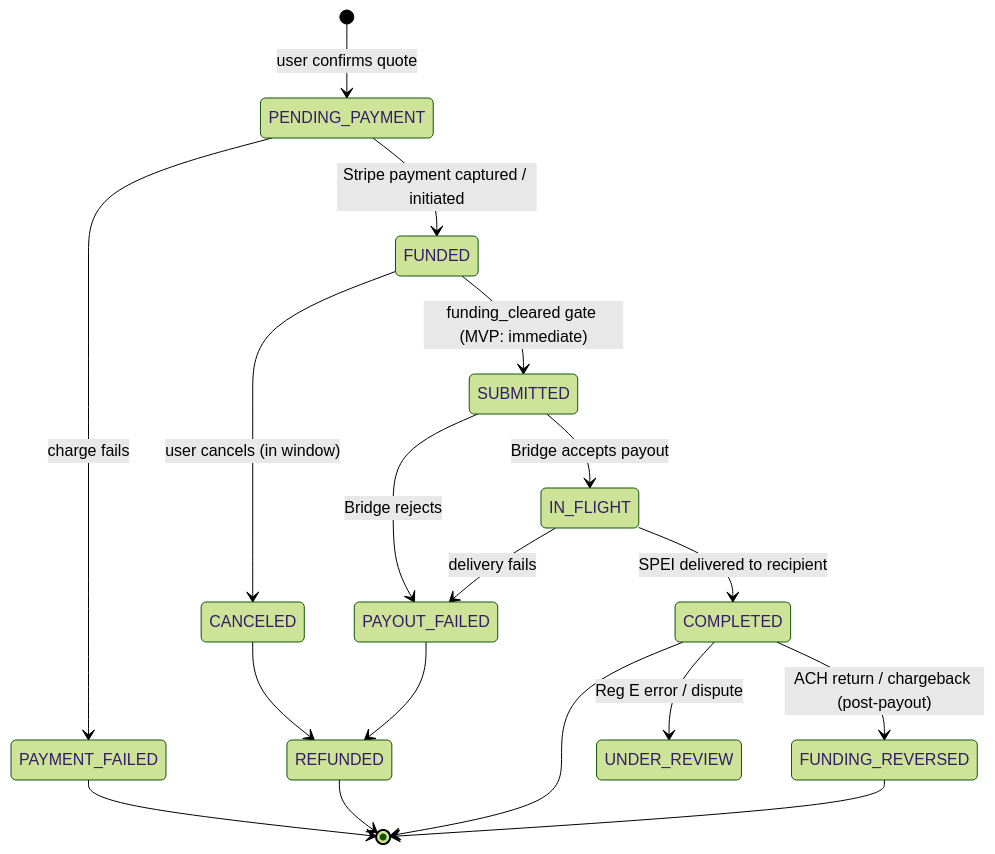
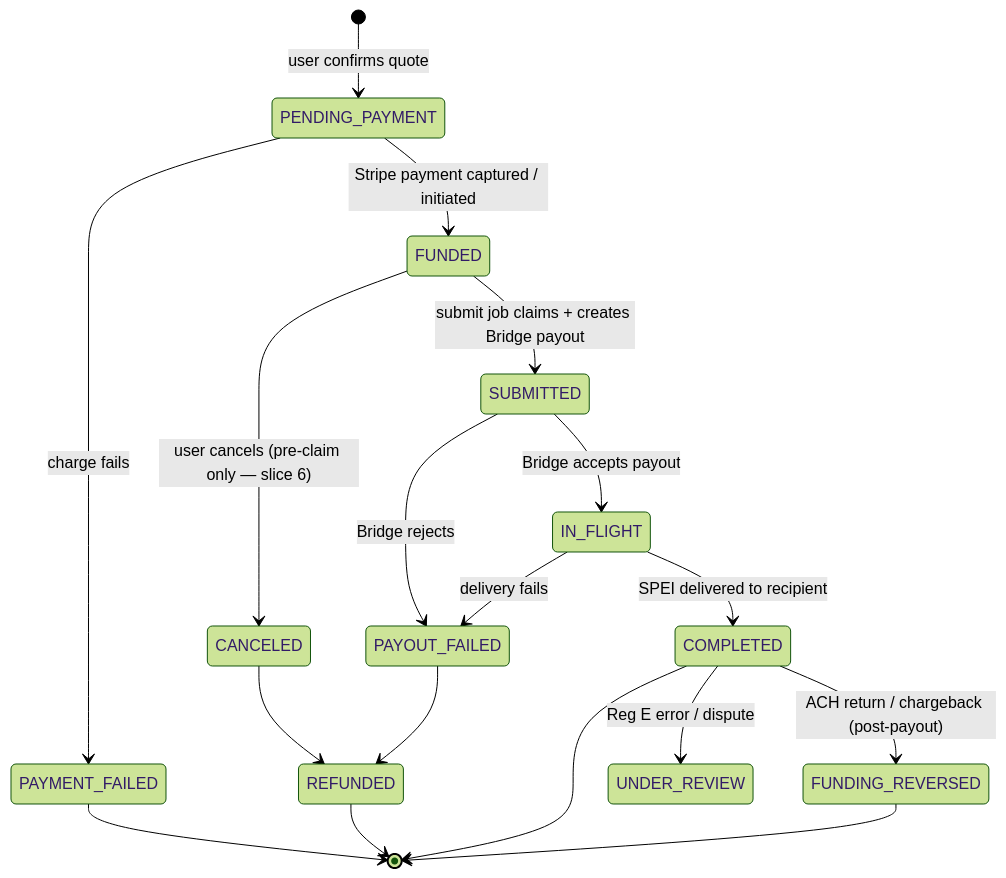
Before and after one commit to PuenteFinancial/PuenteApp: the first of 2 diagrams in docs/transfer-state-machine.md, drawn with Mermaid (forest theme). The commit also changed other lines of this file and 23 other files, not shown here.

````diff
--- a/docs/transfer-state-machine.md
+++ b/docs/transfer-state-machine.md
@@ -15,20 +15,20 @@
 ```mermaid
 stateDiagram-v2
     [*] --> PENDING_PAYMENT: user confirms quote
     PENDING_PAYMENT --> FUNDED: Stripe payment captured / initiated
     PENDING_PAYMENT --> PAYMENT_FAILED: charge fails
-    FUNDED --> SUBMITTED: funding_cleared gate (MVP: immediate)
-    FUNDED --> CANCELED: user cancels (in window)
+    FUNDED --> SUBMITTED: submit job claims + creates Bridge payout
+    FUNDED --> CANCELED: user cancels (pre-claim only — slice 6)
     SUBMITTED --> IN_FLIGHT: Bridge accepts payout
     SUBMITTED --> PAYOUT_FAILED: Bridge rejects
     IN_FLIGHT --> COMPLETED: SPEI delivered to recipient
     IN_FLIGHT --> PAYOUT_FAILED: delivery fails
     CANCELED --> REFUNDED
     PAYOUT_FAILED --> REFUNDED
     COMPLETED --> FUNDING_REVERSED: ACH return / chargeback (post-payout)
     COMPLETED --> UNDER_REVIEW: Reg E error / dispute
     PAYMENT_FAILED --> [*]
     REFUNDED --> [*]
     COMPLETED --> [*]
     FUNDING_REVERSED --> [*]
 ```
````
